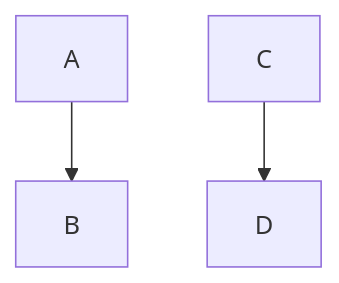
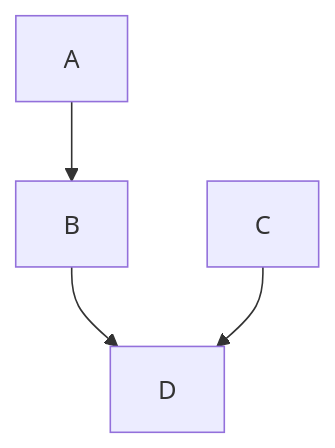
One commit to metaproxy-technologies/pages changed the second of 5 diagrams in docs/_posts/2017-01-01-hello.md. Above: the diagram before and after it, drawn with Mermaid. The commit also changed other lines of this file, not shown here.

````diff
--- a/docs/_posts/2017-01-01-hello.md
+++ b/docs/_posts/2017-01-01-hello.md
@@ -49,5 +49,6 @@
 ```mermaid
 graph TD
   A --> B
+  B --> D
   C --> D
 ```
````
